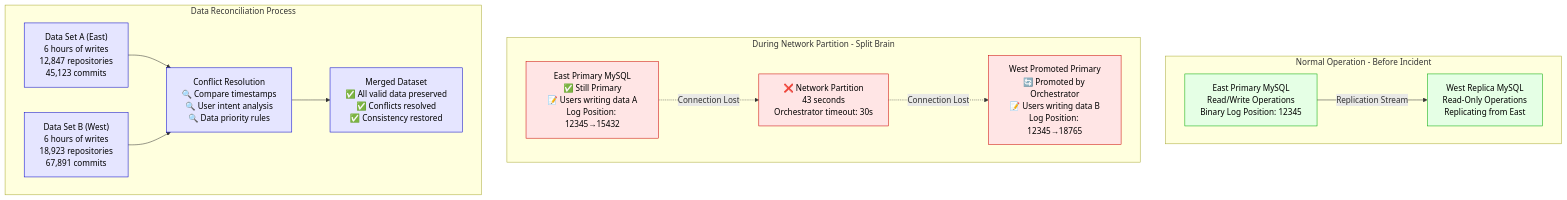
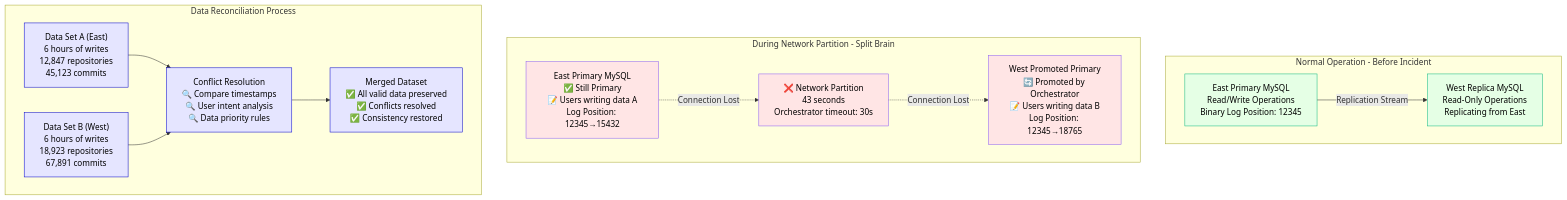
Before and after one commit to deepaucksharma/DS: the second of 3 diagrams in site/docs/incidents/github-2018.md, drawn with Mermaid. The commit also changed other lines of this file and 303 other files, not shown here.

````diff
--- a/site/docs/incidents/github-2018.md
+++ b/site/docs/incidents/github-2018.md
@@ -216,41 +216,41 @@
 ```mermaid
 graph TB
     subgraph Normal["Normal Operation - Before Incident"]
         EastPrimaryNormal["East Primary MySQL<br/>Read/Write Operations<br/>Binary Log Position: 12345"]
         WestReplicaNormal["West Replica MySQL<br/>Read-Only Operations<br/>Replicating from East"]
 
         EastPrimaryNormal -->|"Replication Stream"| WestReplicaNormal
     end
 
     subgraph Partition["During Network Partition - Split Brain"]
         EastPrimaryPartition["East Primary MySQL<br/>✅ Still Primary<br/>📝 Users writing data A<br/>Log Position: 12345→15432"]
         WestPrimaryPartition["West Promoted Primary<br/>🔄 Promoted by Orchestrator<br/>📝 Users writing data B<br/>Log Position: 12345→18765"]
 
         NetworkIssue["❌ Network Partition<br/>43 seconds<br/>Orchestrator timeout: 30s"]
 
         EastPrimaryPartition -.->|"Connection Lost"| NetworkIssue
         NetworkIssue -.->|"Connection Lost"| WestPrimaryPartition
     end
 
     subgraph Recovery["Data Reconciliation Process"]
         DataSetA["Data Set A (East)<br/>6 hours of writes<br/>12,847 repositories<br/>45,123 commits"]
         DataSetB["Data Set B (West)<br/>6 hours of writes<br/>18,923 repositories<br/>67,891 commits"]
 
         ConflictResolution["Conflict Resolution<br/>🔍 Compare timestamps<br/>🔍 User intent analysis<br/>🔍 Data priority rules"]
 
         MergedData["Merged Dataset<br/>✅ All valid data preserved<br/>✅ Conflicts resolved<br/>✅ Consistency restored"]
 
         DataSetA --> ConflictResolution
         DataSetB --> ConflictResolution
         ConflictResolution --> MergedData
     end
 
     %% Style the sections
-    classDef normalStyle fill:#E5FFE5,stroke:#00AA00,color:#000
-    classDef partitionStyle fill:#FFE5E5,stroke:#CC0000,color:#000
+    classDef normalStyle fill:#E5FFE5,stroke:#10B981,color:#000
+    classDef partitionStyle fill:#FFE5E5,stroke:#8B5CF6,color:#000
     classDef recoveryStyle fill:#E5E5FF,stroke:#0000CC,color:#000
 
     class EastPrimaryNormal,WestReplicaNormal normalStyle
     class EastPrimaryPartition,WestPrimaryPartition,NetworkIssue partitionStyle
     class DataSetA,DataSetB,ConflictResolution,MergedData recoveryStyle
 ```
````
